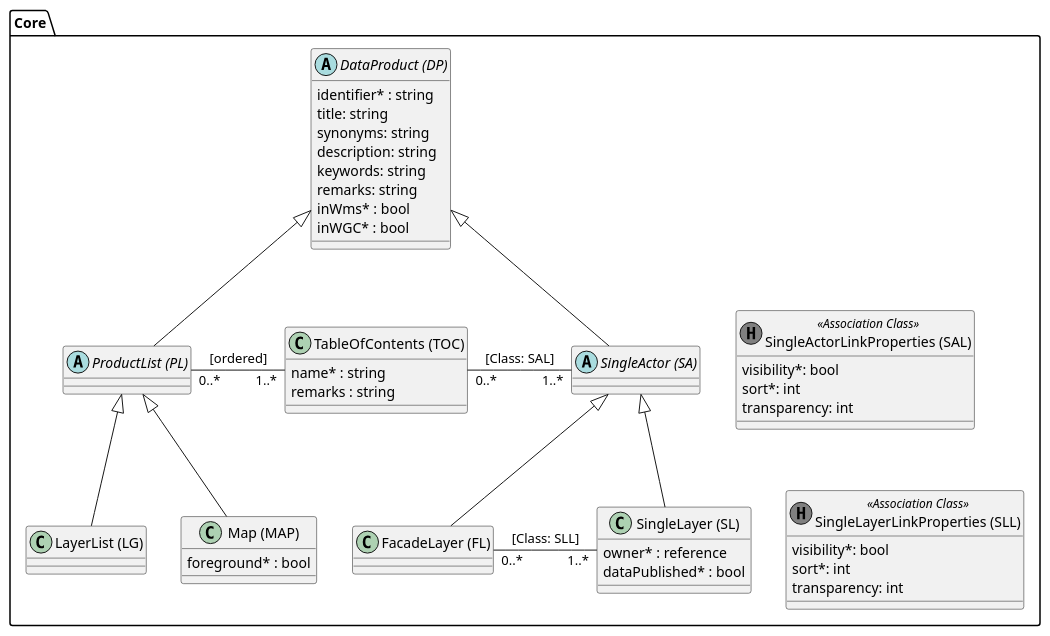
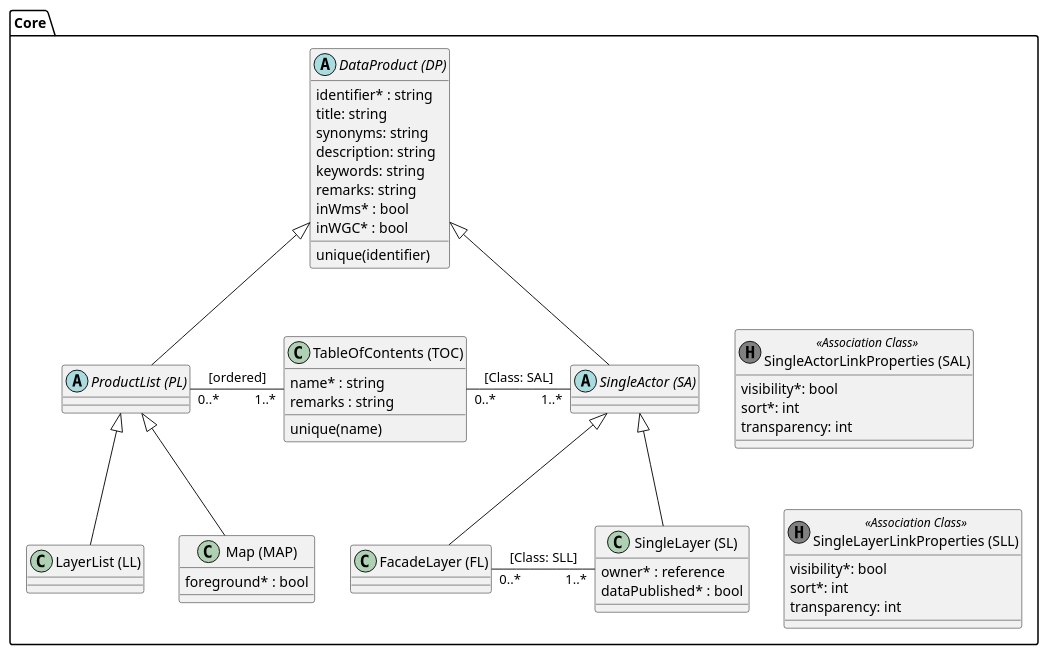
The diagram in puml/src/simi_core.puml (simi-so/mm), drawn with PlantUML before and after one commit. The commit also changed 8 other files, not shown here.

```diff
--- a/puml/src/simi_core.puml
+++ b/puml/src/simi_core.puml
@@ -1,67 +1,69 @@
 @startuml
-
 package Core {
   abstract class "DataProduct (DP)" as dp {
       identifier* : string
       title: string
       synonyms: string
       description: string
       keywords: string
       remarks: string
       inWms* : bool
       inWGC* : bool
+
+      unique(identifier)
   }
-  
+
   abstract class "ProductList (PL)" as pl
 
-  class "LayerList (LG)" as ll
+  class "LayerList (LL)" as ll
 
   class "Map (MAP)" as map {
     foreground* : bool
   }
-  
+
   class "TableOfContents (TOC)" as toc {
     name* : string
     remarks : string
+
+    unique(name)
   }
-  
+
   abstract class "SingleActor (SA)" as sa
 
   class "FacadeLayer (FL)" as fl
 
   class "SingleLayer (SL)" as sl {
     owner* : reference
     dataPublished* : bool
   }
-  
+
   class "SingleLayerLinkProperties (SLL)" as sll << (H, grey) Association Class >> {
       visibility*: bool
       sort*: int
       transparency: int
   }
 
   class "SingleActorLinkProperties (SAL)" as sal << (H, grey) Association Class >> {
       visibility*: bool
       sort*: int
       transparency: int
   }
-  
+
   dp <|-- pl
   pl <|-- ll
   pl <|-- map
-  
+
   dp <|-- sa
   sa <|-- sl
   sa <|-- fl
-  
+
   pl "0..*" - "1..*" toc : [ordered]
-  
-  toc "0..*" - "1..*" sa : [Class: SAL]  
+
+  toc "0..*" - "1..*" sa : [Class: SAL]
   fl "0..*" - "1..*" sl : [Class: SLL]
-  
+
   'layout help
   sa -[hidden]> sal
   sl -[hidden]> sll
 }
-
 @enduml
```
